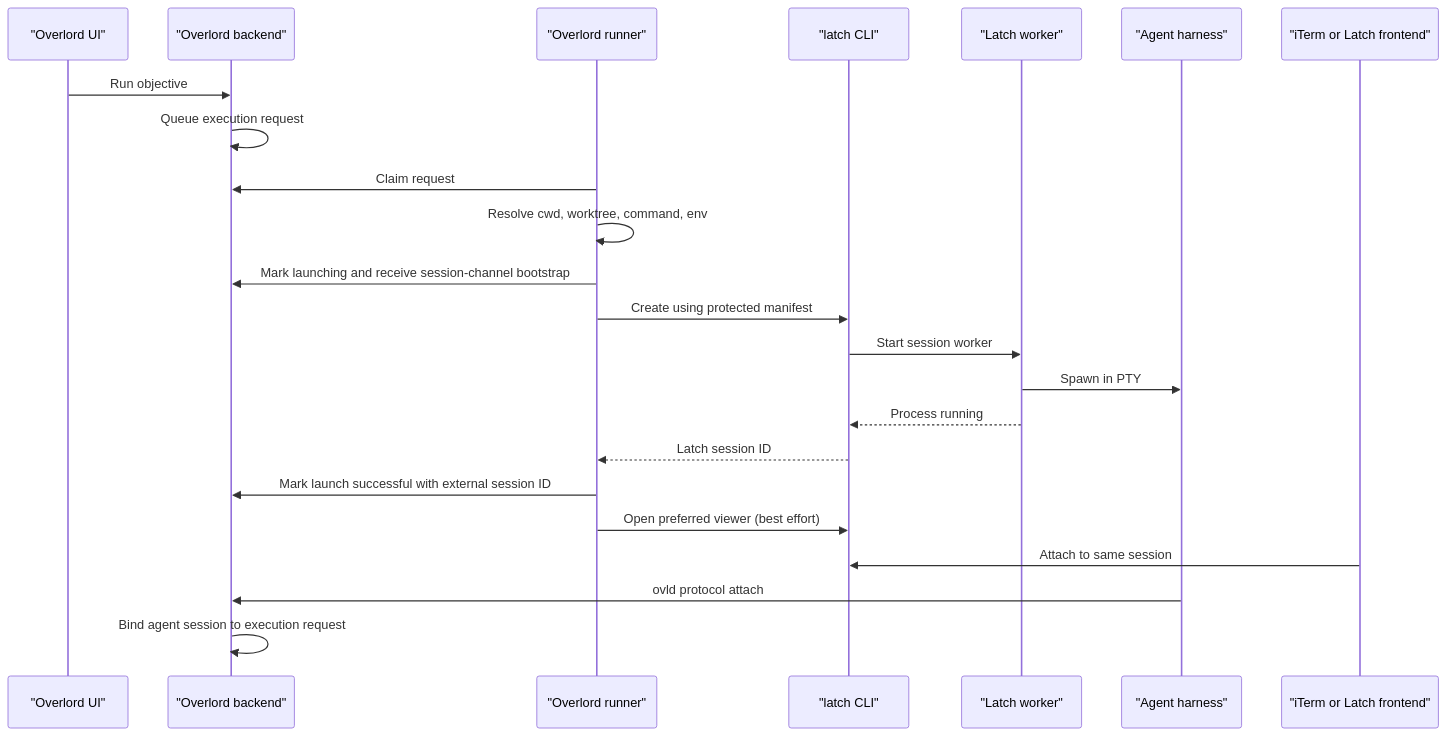
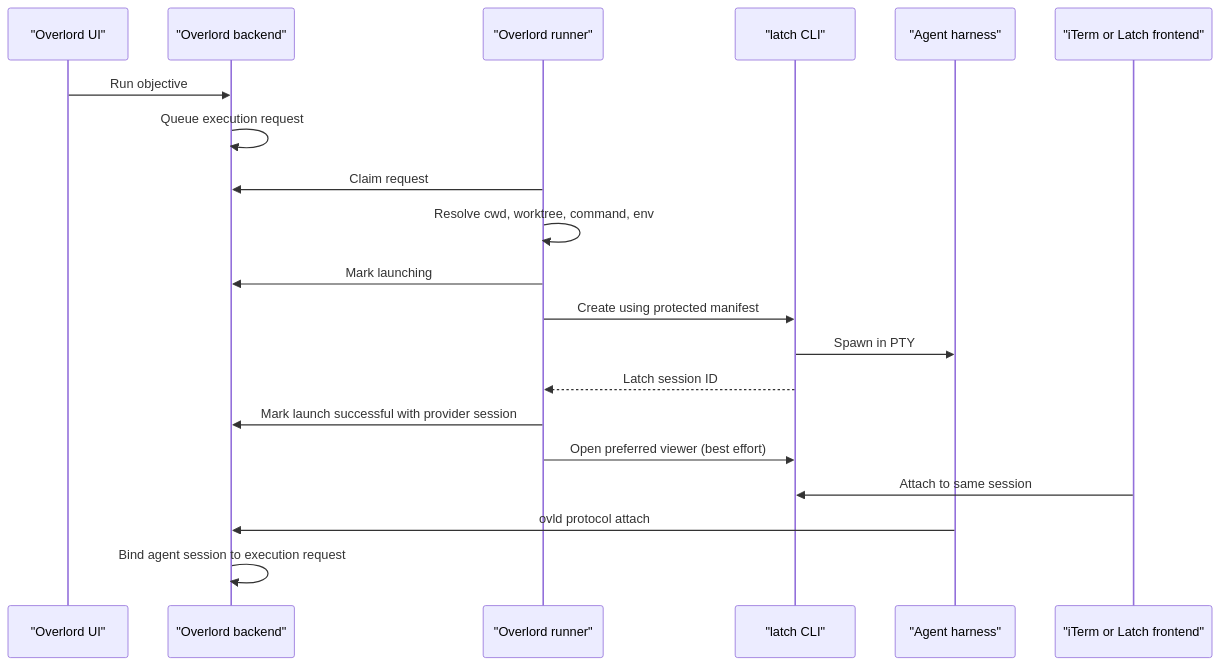
Before and after one commit to jchaselubitz/Latch: the diagram in planning/OVERLORD_INTEGRATION.md, drawn with Mermaid. The commit also changed other lines of this file and 102 other files, not shown here.

````diff
--- a/planning/OVERLORD_INTEGRATION.md
+++ b/planning/OVERLORD_INTEGRATION.md
@@ -339,26 +339,23 @@
 ```mermaid
 sequenceDiagram
   participant UI as "Overlord UI"
   participant API as "Overlord backend"
   participant Runner as "Overlord runner"
   participant Latch as "latch CLI"
-  participant Worker as "Latch worker"
   participant Agent as "Agent harness"
   participant Viewer as "iTerm or Latch frontend"
 
   UI->>API: Run objective
   API->>API: Queue execution request
   Runner->>API: Claim request
   Runner->>Runner: Resolve cwd, worktree, command, env
-  Runner->>API: Mark launching and receive session-channel bootstrap
+  Runner->>API: Mark launching
   Runner->>Latch: Create using protected manifest
-  Latch->>Worker: Start session worker
-  Worker->>Agent: Spawn in PTY
-  Worker-->>Latch: Process running
+  Latch->>Agent: Spawn in PTY
   Latch-->>Runner: Latch session ID
-  Runner->>API: Mark launch successful with external session ID
+  Runner->>API: Mark launch successful with provider session
   Runner->>Latch: Open preferred viewer (best effort)
   Viewer->>Latch: Attach to same session
   Agent->>API: ovld protocol attach
   API->>API: Bind agent session to execution request
 ```
````
